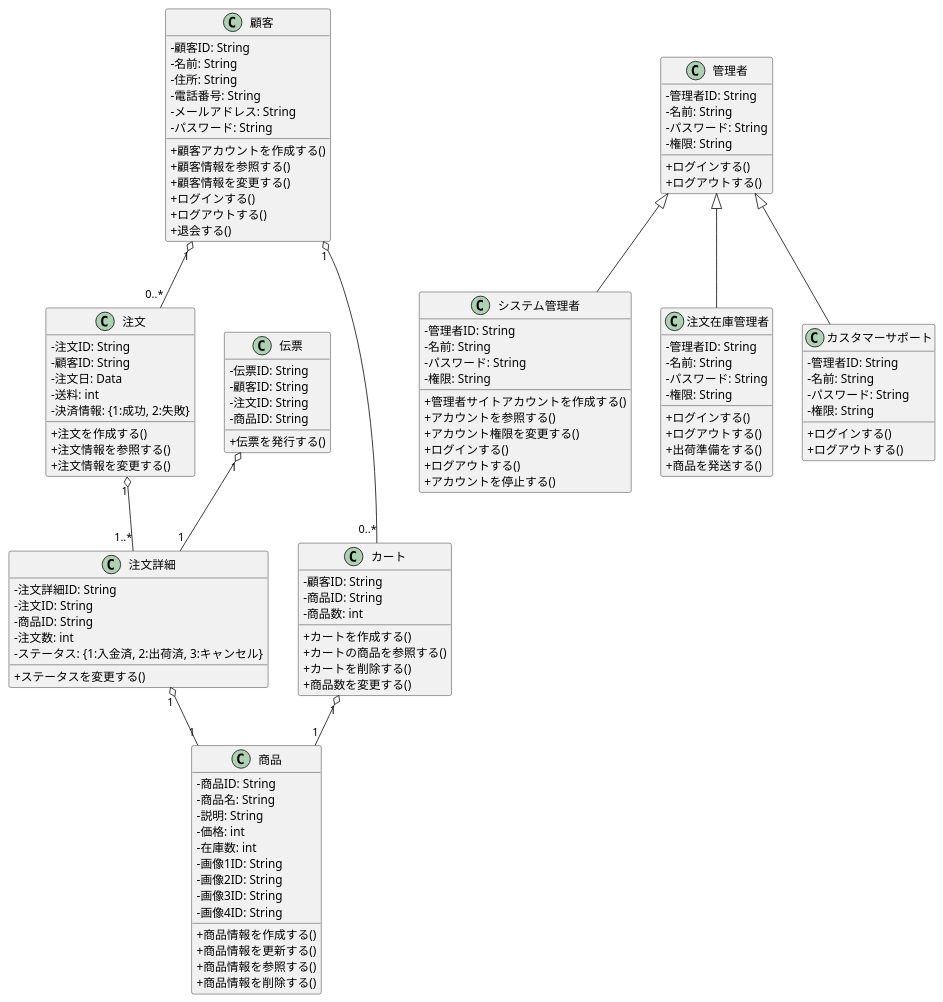
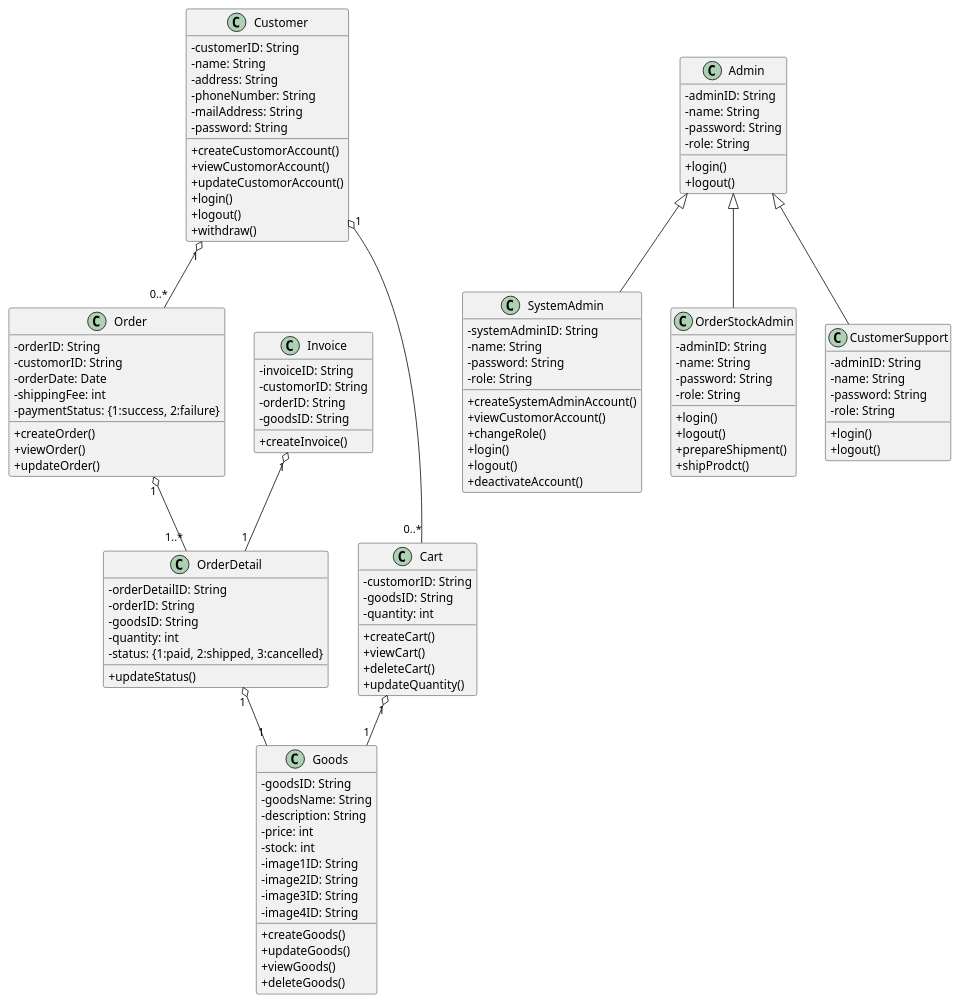
One commit to FujikawaHirono0520/group3_1_dogdog changed the diagram in BB/class.pu. Above: the diagram before and after it, drawn with PlantUML.

Commit message:
【変更】英文化

```diff
--- a/BB/class.pu
+++ b/BB/class.pu
@@ -1,144 +1,144 @@
 @startuml .
 skinparam classAttributeIconSize 0
 
-class 顧客{
-    - 顧客ID: String
-    - 名前: String
-    - 住所: String
-    - 電話番号: String
-    - メールアドレス: String
-    - パスワード: String
+class Customer{
+    - customerID: String
+    - name: String
+    - address: String
+    - phoneNumber: String
+    - mailAddress: String
+    - password: String
 
-    + 顧客アカウントを作成する()
-    + 顧客情報を参照する()
-    + 顧客情報を変更する()
-    + ログインする()
-    + ログアウトする()
-    + 退会する()
+    + createCustomorAccount()
+    + viewCustomorAccount()
+    + updateCustomorAccount()
+    + login()
+    + logout()
+    + withdraw()
 }
 
-class 管理者 {
-    - 管理者ID: String
-    - 名前: String
-    - パスワード: String
-    - 権限: String
+class Admin {
+    - adminID: String
+    - name: String
+    - password: String
+    - role: String
 
-    + ログインする()
-    + ログアウトする()
+    + login()
+    + logout()
 }
 
-class システム管理者 {
-    - 管理者ID: String
-    - 名前: String
-    - パスワード: String
-    - 権限: String
+class SystemAdmin {
+    - systemAdminID: String
+    - name: String
+    - password: String
+    - role: String
 
-    + 管理者サイトアカウントを作成する()
-    + アカウントを参照する()
-    + アカウント権限を変更する()
-    + ログインする()
-    + ログアウトする()
-    + アカウントを停止する()
+    + createSystemAdminAccount()
+    + viewCustomorAccount()
+    + changeRole()
+    + login()
+    + logout()
+    + deactivateAccount()
 }
 
-class 注文在庫管理者 {
-    - 管理者ID: String
-    - 名前: String
-    - パスワード: String
-    - 権限: String
+class OrderStockAdmin {
+    - adminID: String
+    - name: String
+    - password: String
+    - role: String
 
-    + ログインする()
-    + ログアウトする()
-    + 出荷準備をする()
-    + 商品を発送する()
+    + login()
+    + logout()
+    + prepareShipment()
+    + shipProdct()
 }
 
-class カスタマーサポート {
-    - 管理者ID: String
-    - 名前: String
-    - パスワード: String
-    - 権限: String
+class CustomerSupport {
+    - adminID: String
+    - name: String
+    - password: String
+    - role: String
 
-    + ログインする()
-    + ログアウトする()
+    + login()
+    + logout()
 }
 
-class 注文 {
-    - 注文ID: String
-    - 顧客ID: String
-    - 注文日: Data
-    - 送料: int
-    - 決済情報: {1:成功, 2:失敗}
+class Order {
+    - orderID: String
+    - customorID: String
+    - orderDate: Date
+    - shippingFee: int
+    - paymentStatus: {1:success, 2:failure}
 
-    + 注文を作成する()
-    + 注文情報を参照する()
-    + 注文情報を変更する()
+    + createOrder()
+    + viewOrder()
+    + updateOrder()
 }
 
-class 注文詳細 {
-    - 注文詳細ID: String
-    - 注文ID: String
-    - 商品ID: String
-    - 注文数: int
-    - ステータス: {1:入金済, 2:出荷済, 3:キャンセル}
+class OrderDetail {
+    - orderDetailID: String
+    - orderID: String
+    - goodsID: String
+    - quantity: int
+    - status: {1:paid, 2:shipped, 3:cancelled}
 
-    + ステータスを変更する()
+    + updateStatus()
 }
 
-class 伝票 {
-    - 伝票ID: String
-    - 顧客ID: String
-    - 注文ID: String
-    - 商品ID: String
+class Invoice {
+    - invoiceID: String
+    - customorID: String
+    - orderID: String
+    - goodsID: String
 
-    + 伝票を発行する()
+    + createInvoice()
 }
 
-class カート {
-    - 顧客ID: String
-    - 商品ID: String
-    - 商品数: int
+class Cart {
+    - customorID: String
+    - goodsID: String
+    - quantity: int
 
-    + カートを作成する()
-    + カートの商品を参照する()
-    + カートを削除する()
-    + 商品数を変更する()
+    + createCart()
+    + viewCart()
+    + deleteCart()
+    + updateQuantity()
 }
 
-class 商品 {
-    - 商品ID: String
-    - 商品名: String
-    - 説明: String
-    - 価格: int
-    - 在庫数: int
-    - 画像1ID: String
-    - 画像2ID: String
-    - 画像3ID: String
-    - 画像4ID: String
+class Goods {
+    - goodsID: String
+    - goodsName: String
+    - description: String
+    - price: int
+    - stock: int
+    - image1ID: String
+    - image2ID: String
+    - image3ID: String
+    - image4ID: String
 
-    + 商品情報を作成する()
-    + 商品情報を更新する()
-    + 商品情報を参照する()
-    + 商品情報を削除する()
+    + createGoods()
+    + updateGoods()
+    + viewGoods()
+    + deleteGoods()
 }
 
 
-顧客 "1" o-- "0..*" カート
+Customer "1" o-- "0..*" Cart
 
-カート "1" o-- "1" 商品
+Cart "1" o-- "1" Goods
 
-顧客 "1" o-- "0..*" 注文
+Customer "1" o-- "0..*" Order
 
-注文 "1" o-- "1..*" 注文詳細
+Order "1" o-- "1..*" OrderDetail
 
-注文詳細 "1" o-- "1" 商品
+OrderDetail "1" o-- "1" Goods
 
-伝票 "1" o-- "1" 注文詳細
+Invoice "1" o-- "1" OrderDetail
 
-管理者 <|-- システム管理者
+Admin <|-- SystemAdmin
 
-管理者 <|-- 注文在庫管理者
+Admin <|-- OrderStockAdmin
 
-管理者 <|-- カスタマーサポート
+Admin <|-- CustomerSupport
 
 @enduml
```
